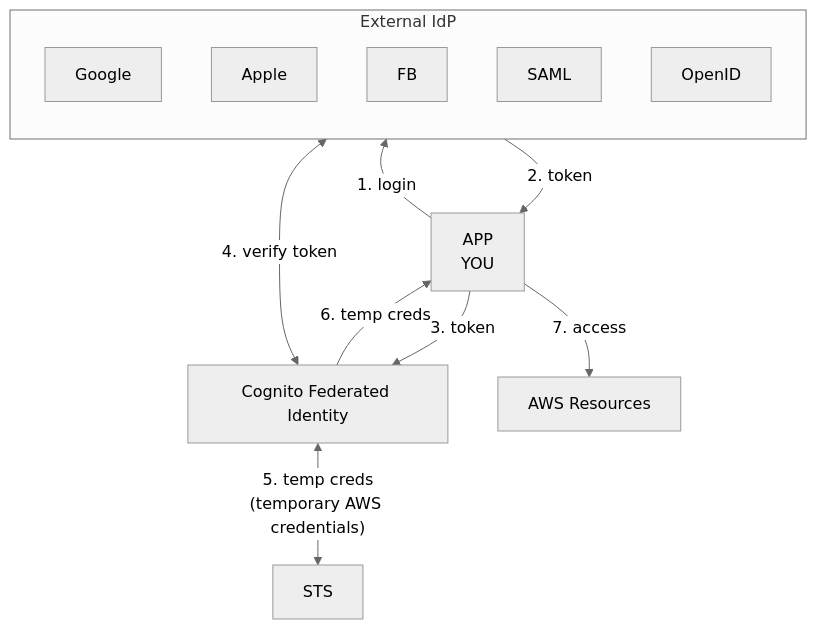
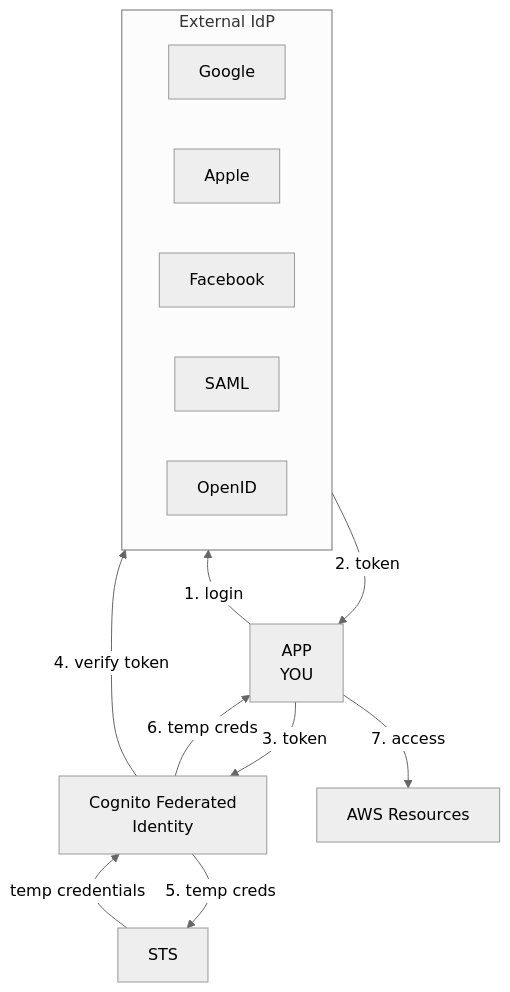
The seventh of 7 diagrams in aws/Cognito.md (cool21540125/documentation-notes), drawn with Mermaid (neutral theme) before and after one commit. The commit also changed other lines of this file and 3 other files, not shown here.

````diff
--- a/aws/Cognito.md
+++ b/aws/Cognito.md
@@ -113,22 +117,23 @@
 ```mermaid
 flowchart TB
-
-co["Cognito Federated Identity"]
-
-subgraph extIdP["External IdP"]
-    direction TB
-    Google
-    Apple
-    FB
-    SAML
-    OpenID
-end
-
-APP["APP \n YOU"] -- 1. login --> extIdP
-extIdP -- 2. token --> APP
-APP -- 3. token --> co
-co <-- 4. verify token --> extIdP
-co <-- "5. temp creds\n(temporary AWS credentials)" --> STS
-co -- 6. temp creds --> APP
-APP -- 7. access --> aws["AWS Resources"]
+    app["APP<br/>YOU"]
+    subgraph extIdP["External IdP"]
+        google["Google"]
+        apple["Apple"]
+        fb["Facebook"]
+        saml["SAML"]
+        openid["OpenID"]
+    end
+    co["Cognito Federated<br/>Identity"]
+    sts["STS"]
+    aws["AWS Resources"]
+    
+    app -->|1. login| extIdP
+    extIdP -->|2. token| app
+    app -->|3. token| co
+    co -->|4. verify token| extIdP
+    co -->|5. temp creds| sts
+    sts -->|temp credentials| co
+    co -->|6. temp creds| app
+    app -->|7. access| aws
 ```
````
